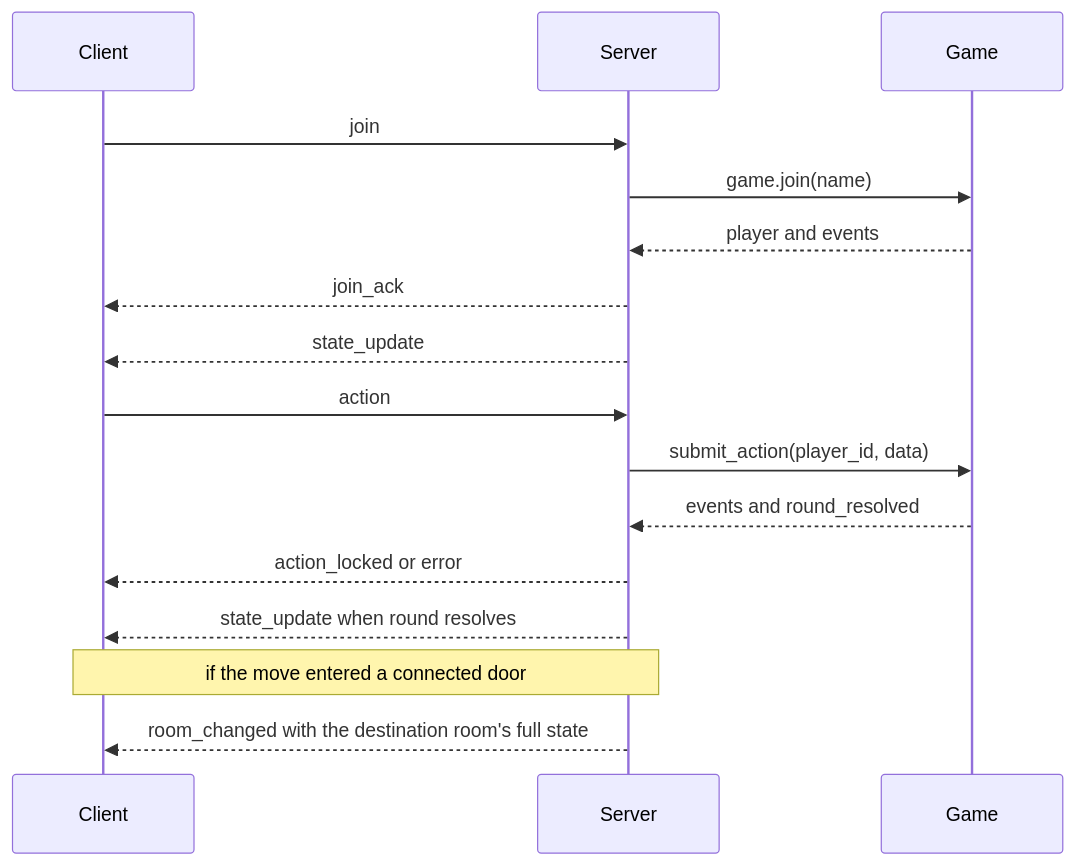
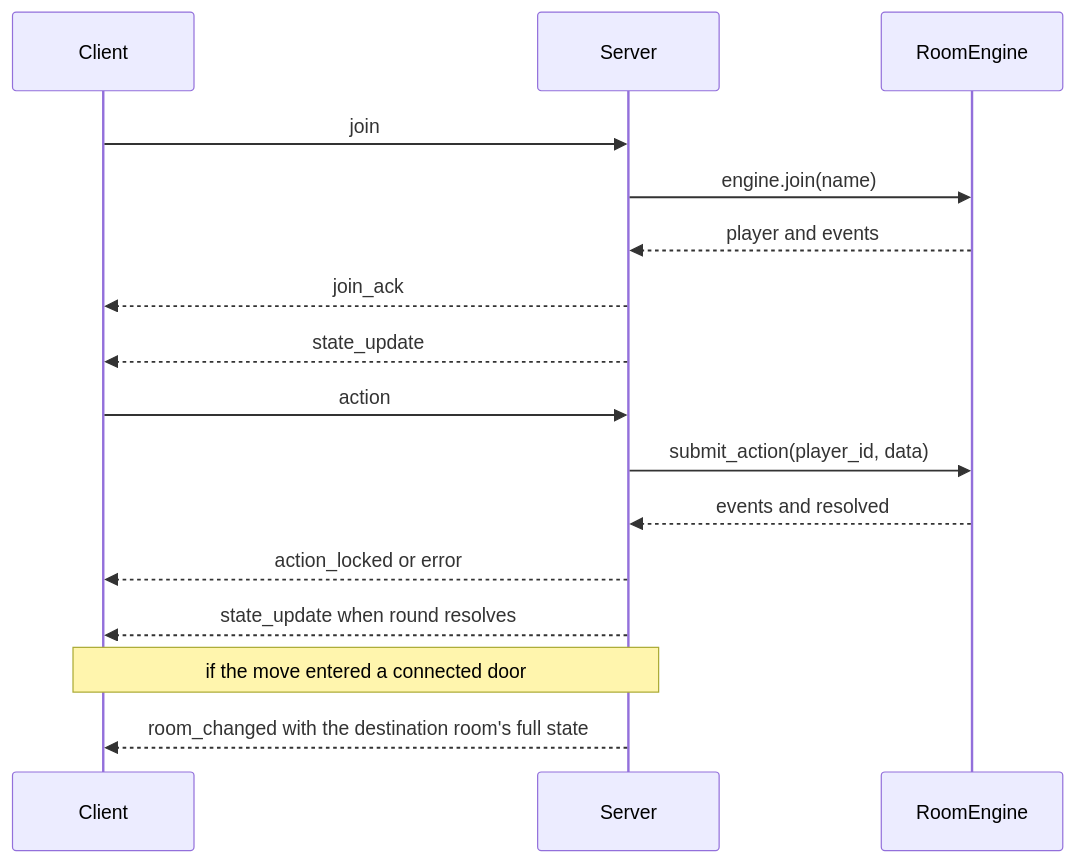
Before and after one commit to GoldenWind8/roguelike-mvp: the second of 2 diagrams in docs/BACKEND.md, drawn with Mermaid. The commit also changed other lines of this file and 29 other files, not shown here.

````diff
--- a/docs/BACKEND.md
+++ b/docs/BACKEND.md
@@ -66,20 +66,20 @@
 ```mermaid
 sequenceDiagram
     participant Client
     participant Server
-    participant Game
+    participant RoomEngine
 
     Client->>Server: join
-    Server->>Game: game.join(name)
-    Game-->>Server: player and events
+    Server->>RoomEngine: engine.join(name)
+    RoomEngine-->>Server: player and events
     Server-->>Client: join_ack
     Server-->>Client: state_update
 
     Client->>Server: action
-    Server->>Game: submit_action(player_id, data)
-    Game-->>Server: events and round_resolved
+    Server->>RoomEngine: submit_action(player_id, data)
+    RoomEngine-->>Server: events and resolved
     Server-->>Client: action_locked or error
     Server-->>Client: state_update when round resolves
     Note over Server,Client: if the move entered a connected door
     Server-->>Client: room_changed with the destination room's full state
 ```
````
